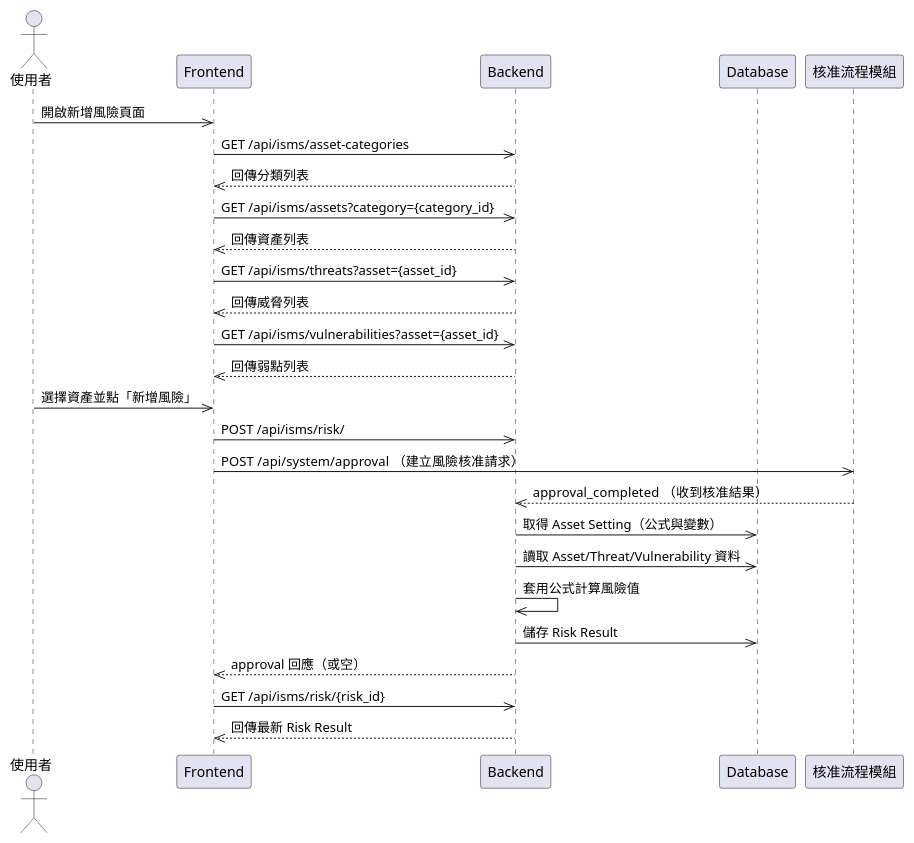
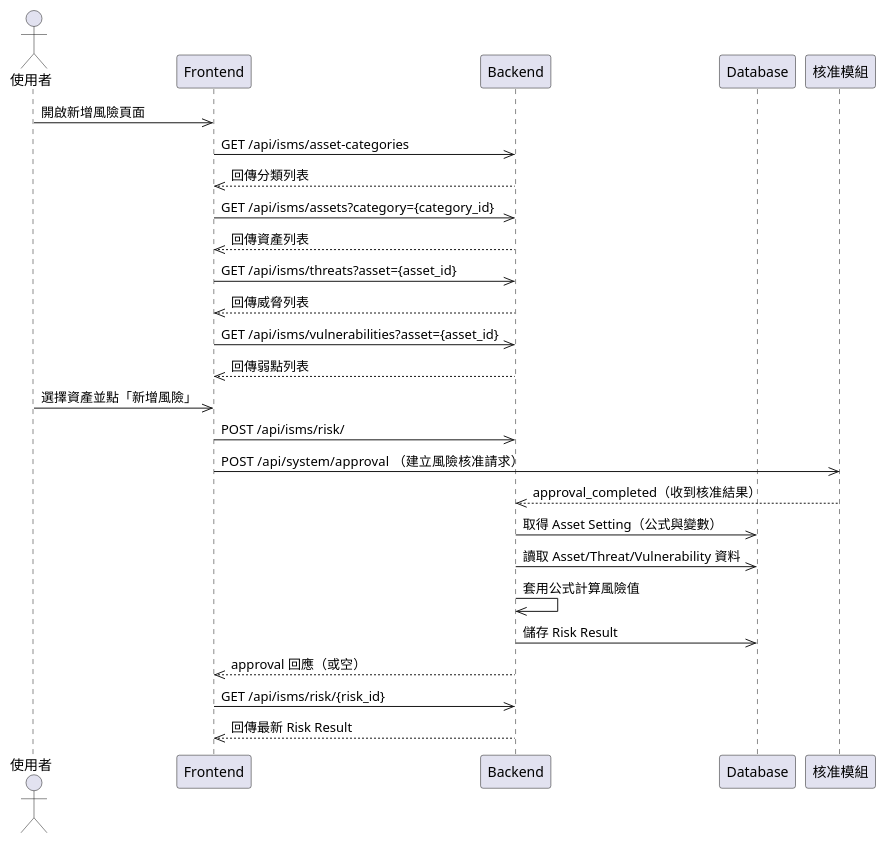
Before and after one commit to walle45611/NTUB_SecuManag_Diagram: the diagram in plantUML/sequence/risk_evaluation.puml, drawn with PlantUML. The commit also changed 5 other files, not shown here.

Commit message:
(modify): 調整圖表格式，新增物件版本新增循序圖

```diff
--- a/plantUML/sequence/risk_evaluation.puml
+++ b/plantUML/sequence/risk_evaluation.puml
@@ -1,28 +1,28 @@
 @startuml
 actor User as "使用者"
 participant Frontend
 participant Backend
 participant Database
-participant Approval as "核准流程模組"
+participant Approval as "核准模組"
 
 User ->> Frontend: 開啟新增風險頁面
 Frontend ->> Backend: GET /api/isms/asset-categories
 Backend -->> Frontend: 回傳分類列表
 Frontend ->> Backend: GET /api/isms/assets?category={category_id}
 Backend -->> Frontend: 回傳資產列表
 Frontend ->> Backend: GET /api/isms/threats?asset={asset_id}
 Backend -->> Frontend: 回傳威脅列表
 Frontend ->> Backend: GET /api/isms/vulnerabilities?asset={asset_id}
 Backend -->> Frontend: 回傳弱點列表
 User ->> Frontend: 選擇資產並點「新增風險」
 Frontend ->> Backend: POST /api/isms/risk/
 Frontend ->> Approval: POST /api/system/approval  （建立風險核准請求）
-Approval -->> Backend: approval_completed  （收到核准結果）
+Approval -->> Backend: approval_completed（收到核准結果）
 Backend ->> Database: 取得 Asset Setting（公式與變數）
 Backend ->> Database: 讀取 Asset/Threat/Vulnerability 資料
 Backend ->> Backend: 套用公式計算風險值
 Backend ->> Database: 儲存 Risk Result
 Backend -->> Frontend: approval 回應（或空）
 Frontend ->> Backend: GET /api/isms/risk/{risk_id}
 Backend -->> Frontend: 回傳最新 Risk Result
 @enduml
```
